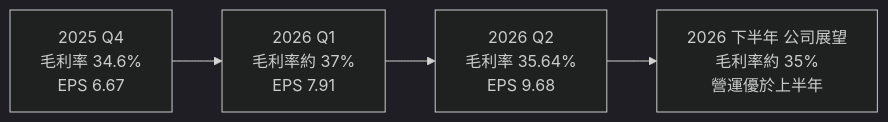
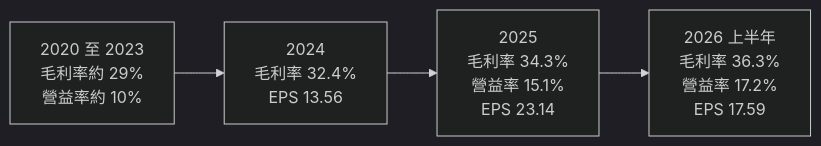
The third of 4 diagrams in 個股/台股/2308台達電.md (wangnick1004/taiwan-stock-vault), drawn with Mermaid (dark theme) before and after one commit. The commit also changed other lines of this file and 6 other files, not shown here.

````diff
--- a/個股/台股/2308台達電.md
+++ b/個股/台股/2308台達電.md
@@ -139,4 +146,4 @@
 ```mermaid
 flowchart LR
-    Q4["2025 Q4<br/>毛利率 34.6%<br/>EPS 6.67"] --> Q1["2026 Q1<br/>毛利率約 37%<br/>EPS 7.91"] --> Q2["2026 Q2<br/>毛利率 35.64%<br/>EPS 9.68"] --> H2["2026 下半年 公司展望<br/>毛利率約 35%<br/>營運優於上半年"]
+    Y20["2020 至 2023<br/>毛利率約 29%<br/>營益率約 10%"] --> Y24["2024<br/>毛利率 32.4%<br/>EPS 13.56"] --> Y25["2025<br/>毛利率 34.3%<br/>營益率 15.1%<br/>EPS 23.14"] --> H26["2026 上半年<br/>毛利率 36.3%<br/>營益率 17.2%<br/>EPS 17.59"]
 ```
````
